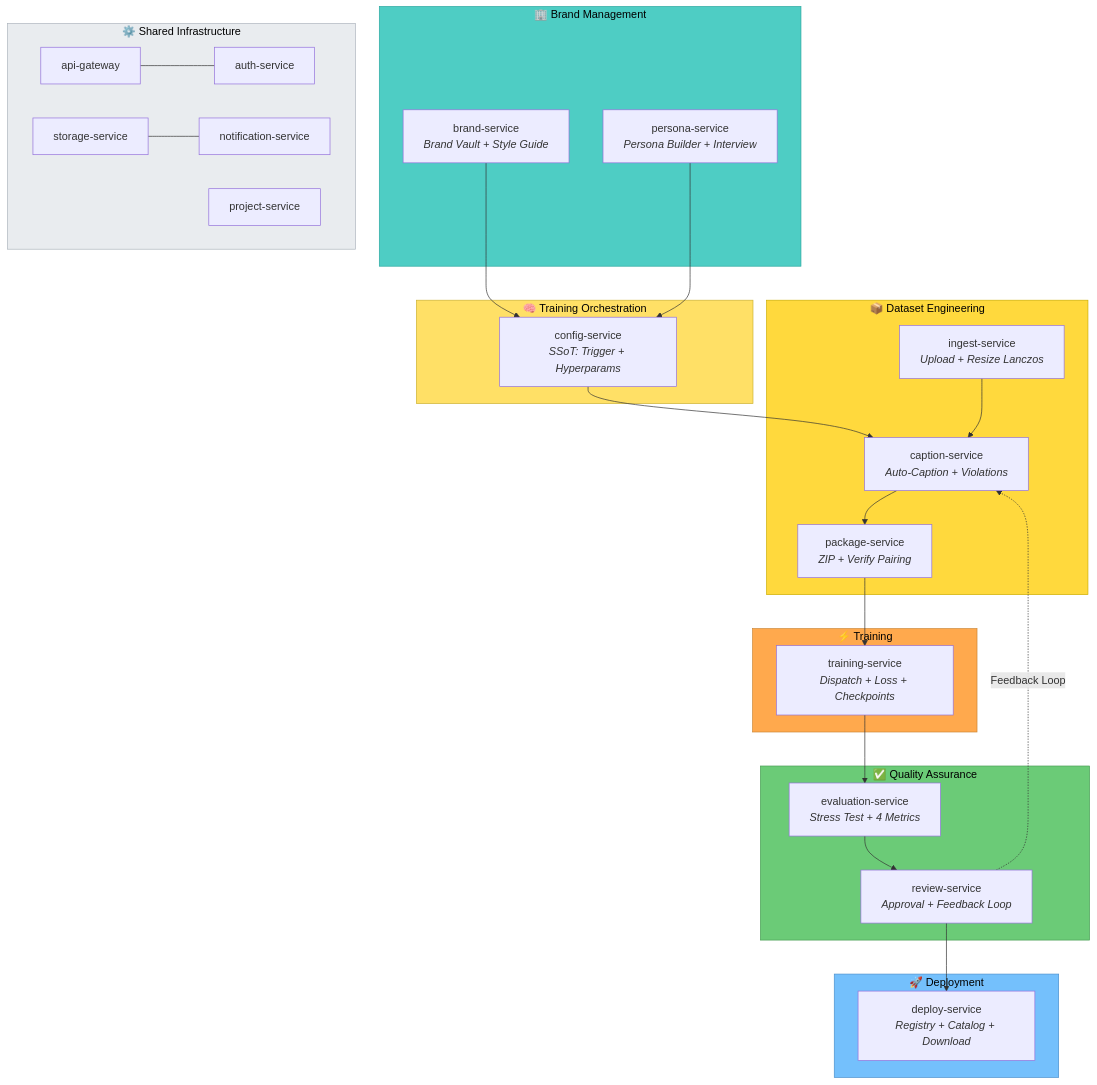
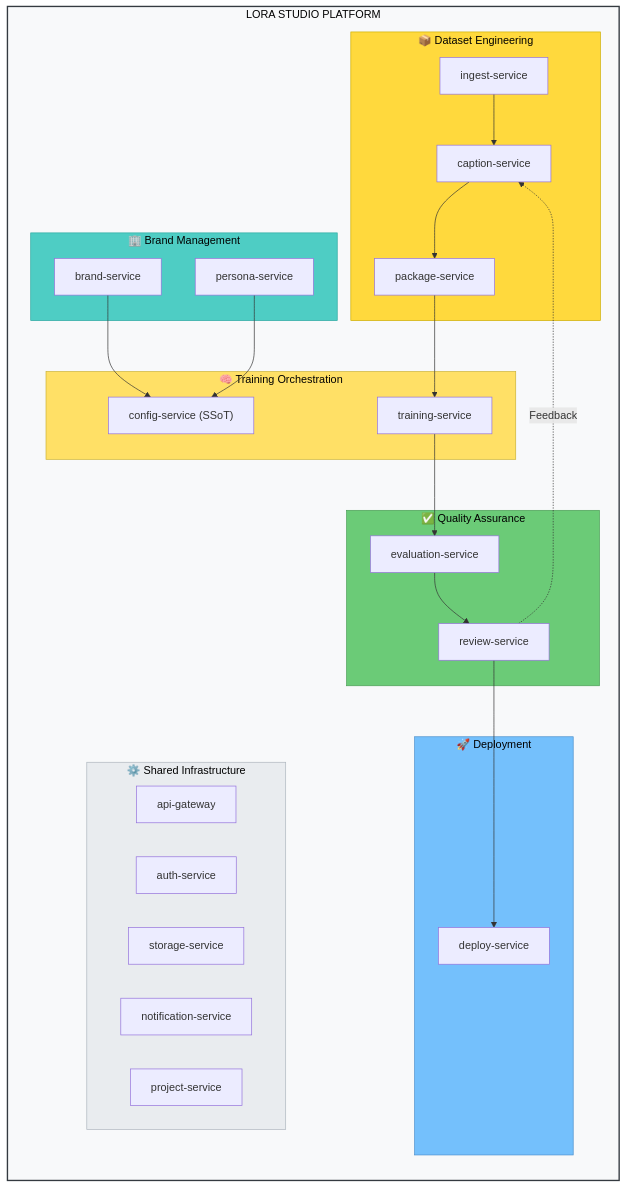
The second of 2 diagrams in paper/03-ARCHITECTURE.md (vandre-sales/lora-studio-showcase), drawn with Mermaid before and after one commit.

Commit message:
fix: bounded contexts diagram — match original structure (unified Training, PLATFORM container, flat Shared)

````diff
--- a/paper/03-ARCHITECTURE.md
+++ b/paper/03-ARCHITECTURE.md
@@ -76,56 +76,57 @@
 ```mermaid
 graph TD
-    subgraph BRAND ["🏢 Brand Management"]
-        brand-svc["brand-service<br/><i>Brand Vault + Style Guide</i>"]
-        persona-svc["persona-service<br/><i>Persona Builder + Interview</i>"]
-    end
+    subgraph PLATFORM ["LORA STUDIO PLATFORM"]
+        direction TB
 
-    subgraph CONFIG_LAYER ["🧠 Training Orchestration"]
-        config-svc["config-service<br/><i>SSoT: Trigger + Hyperparams</i>"]
-    end
+        subgraph BRAND ["🏢 Brand Management"]
+            brand-svc["brand-service"]
+            persona-svc["persona-service"]
+        end
 
-    subgraph DATASET ["📦 Dataset Engineering"]
-        ingest-svc["ingest-service<br/><i>Upload + Resize Lanczos</i>"]
-        caption-svc["caption-service<br/><i>Auto-Caption + Violations</i>"]
-        package-svc["package-service<br/><i>ZIP + Verify Pairing</i>"]
-    end
+        subgraph DATASET ["📦 Dataset Engineering"]
+            ingest-svc["ingest-service"]
+            caption-svc["caption-service"]
+            package-svc["package-service"]
+        end
 
-    subgraph TRAIN ["⚡ Training"]
-        training-svc["training-service<br/><i>Dispatch + Loss + Checkpoints</i>"]
-    end
+        subgraph TRAINING ["🧠 Training Orchestration"]
+            config-svc["config-service (SSoT)"]
+            training-svc["training-service"]
+        end
 
-    subgraph QA ["✅ Quality Assurance"]
-        eval-svc["evaluation-service<br/><i>Stress Test + 4 Metrics</i>"]
-        review-svc["review-service<br/><i>Approval + Feedback Loop</i>"]
-    end
+        subgraph QA ["✅ Quality Assurance"]
+            eval-svc["evaluation-service"]
+            review-svc["review-service"]
+        end
 
-    subgraph DEPLOY ["🚀 Deployment"]
-        deploy-svc["deploy-service<br/><i>Registry + Catalog + Download</i>"]
-    end
+        subgraph DEPLOY ["🚀 Deployment"]
+            deploy-svc["deploy-service"]
+        end
 
-    subgraph SHARED ["⚙️ Shared Infrastructure"]
-        gw["api-gateway"] --- auth["auth-service"]
-        storage["storage-service"] --- notify["notification-service"]
-        project["project-service"]
+        subgraph SHARED ["⚙️ Shared Infrastructure"]
+            gw["api-gateway"]
+            auth["auth-service"]
+            storage["storage-service"]
+            notify["notification-service"]
+            project["project-service"]
+        end
     end
 
     brand-svc --> config-svc
     persona-svc --> config-svc
-    config-svc --> caption-svc
-
     ingest-svc --> caption-svc
     caption-svc --> package-svc
     package-svc --> training-svc
     training-svc --> eval-svc
     eval-svc --> review-svc
     review-svc --> deploy-svc
-    review-svc -.->|Feedback Loop| caption-svc
+    review-svc -.->|Feedback| caption-svc
 
+    style PLATFORM fill:#f8f9fa,stroke:#343a40,stroke-width:2px,color:#000
     style BRAND fill:#4ecdc4,stroke:#2ba8a0,color:#000
-    style CONFIG_LAYER fill:#ffe066,stroke:#ccb233,color:#000
     style DATASET fill:#ffd93d,stroke:#ccae00,color:#000
-    style TRAIN fill:#ffa94d,stroke:#cc8533,color:#000
+    style TRAINING fill:#ffe066,stroke:#ccb233,color:#000
     style QA fill:#6bcb77,stroke:#4a9e55,color:#000
     style DEPLOY fill:#74c0fc,stroke:#4a8fcc,color:#000
     style SHARED fill:#e9ecef,stroke:#adb5bd,color:#000
 ```
````
